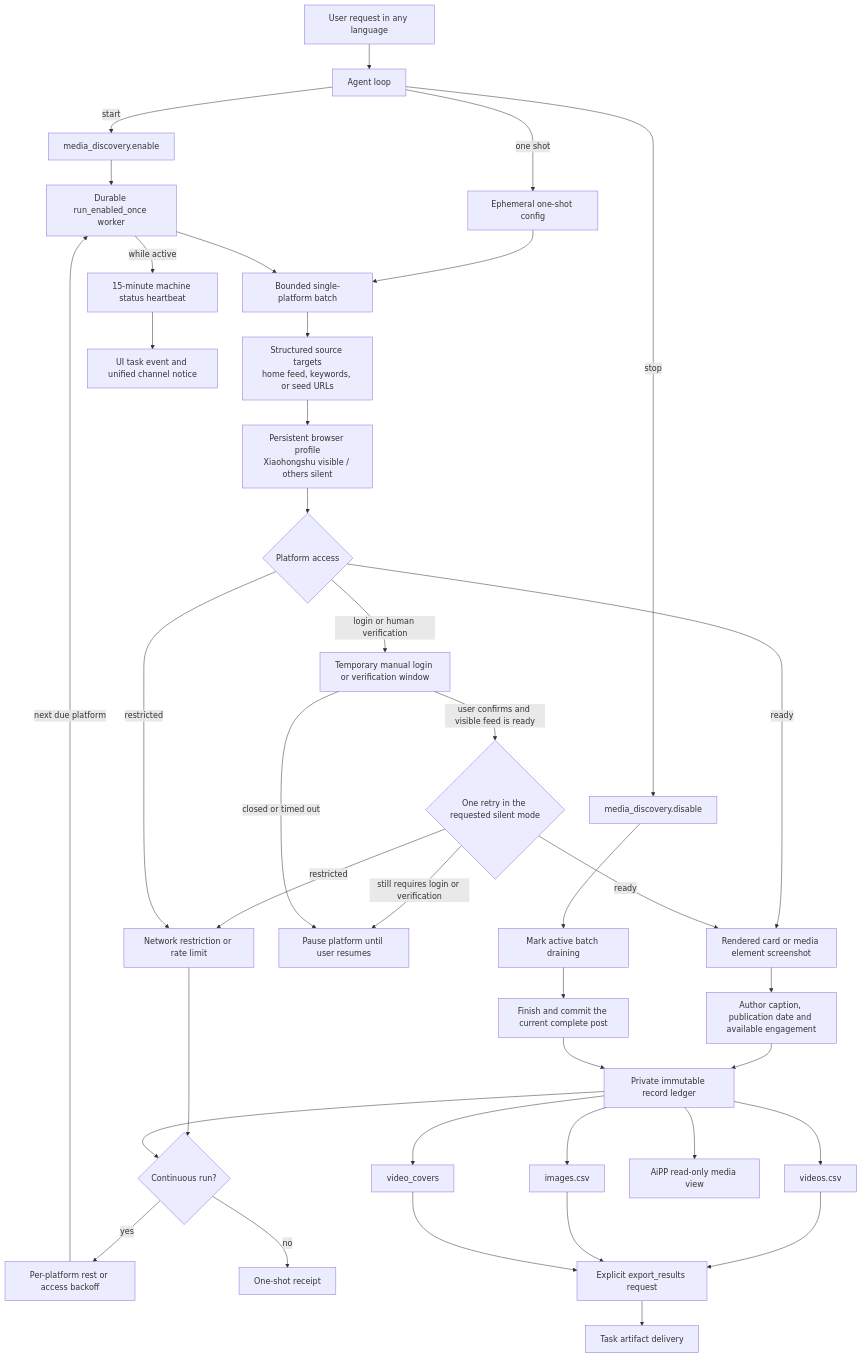
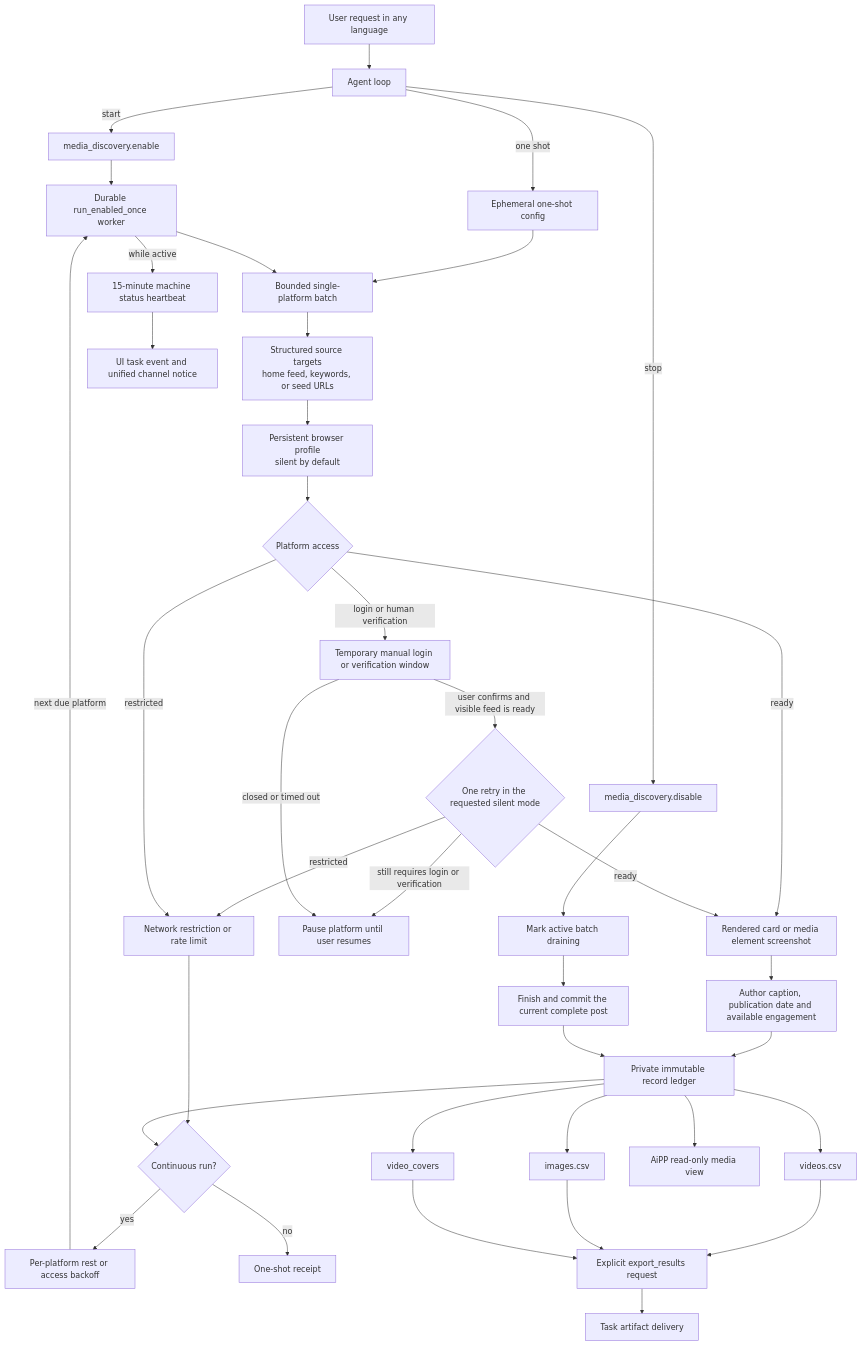
One commit to MatrixCoreX/RustClaw changed the second of 2 diagrams in docs/architecture/12-media-discovery.md. Above: the diagram before and after it, drawn with Mermaid. The commit also changed other lines of this file and 15 other files, not shown here.

First line of the commit message:
fix(media): default Xiaohongshu collection to silent

````diff
--- a/docs/architecture/12-media-discovery.md
+++ b/docs/architecture/12-media-discovery.md
@@ -101,59 +101,59 @@
 ```mermaid
 flowchart TD
     U[User request in any language]
     A[Agent loop]
     E[media_discovery.enable]
     X[media_discovery.disable]
     R[Durable run_enabled_once worker]
     RB[Bounded single-platform batch]
     Z[Per-platform rest or access backoff]
     W[Ephemeral one-shot config]
     T[Structured source targets<br/>home feed, keywords, or seed URLs]
     G[Mark active batch draining]
     P[Finish and commit the current complete post]
-    B[Persistent browser profile<br/>Xiaohongshu visible / others silent]
+    B[Persistent browser profile<br/>silent by default]
     Q{Platform access}
     M[Temporary manual login or verification window]
     MR{One retry in the requested silent mode}
     K[Network restriction or rate limit]
     PA[Pause platform until user resumes]
     END[One-shot receipt]
     MODE{Continuous run?}
     C[Rendered card or media element screenshot]
     O[Author caption, publication date and available engagement]
     L[Private immutable record ledger]
     V[videos.csv]
     I[images.csv]
     F[video_covers]
     D[Task artifact delivery]
     EX[Explicit export_results request]
     H[15-minute machine status heartbeat]
     N[UI task event and unified channel notice]
     AP[AiPP read-only media view]
 
     U --> A
     A -->|start| E
     E --> R
     A -->|one shot| W --> RB
     R --> RB
     RB --> T --> B --> Q
     Q -->|ready| C --> O --> L
     Q -->|login or human verification| M
     M -->|user confirms and visible feed is ready| MR
     MR -->|ready| C
     MR -->|still requires login or verification| PA
     MR -->|restricted| K
     M -->|closed or timed out| PA
     Q -->|restricted| K --> MODE
     L --> MODE
     MODE -->|yes| Z -->|next due platform| R
     MODE -->|no| END
     R -->|while active| H --> N
     A -->|stop| X
     X --> G --> P --> L
     L --> V --> EX
     L --> I --> EX
     L --> F --> EX
     EX --> D
     L --> AP
 ```
````
